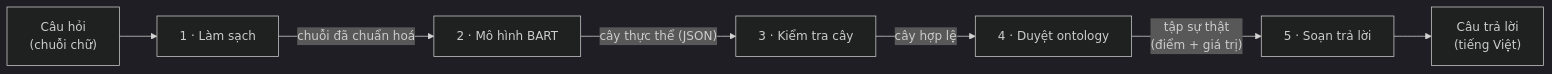
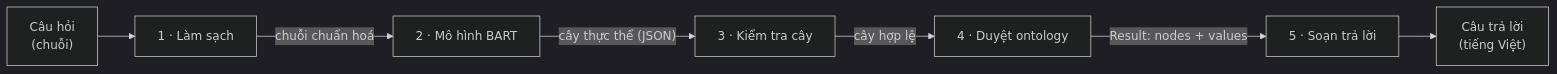
The third of 10 diagrams in docs/CONCEPT.md (vpthinh19/ontology-chatbot), drawn with Mermaid (dark theme) before and after one commit. The commit also changed other lines of this file, not shown here.

````diff
--- a/docs/CONCEPT.md
+++ b/docs/CONCEPT.md
@@ -111,9 +132,9 @@
 ```mermaid
 flowchart LR
-    A["Câu hỏi<br/>(chuỗi chữ)"] --> B["1 · Làm sạch"]
-    B -->|"chuỗi đã chuẩn hoá"| C["2 · Mô hình BART"]
+    A["Câu hỏi<br/>(chuỗi)"] --> B["1 · Làm sạch"]
+    B -->|"chuỗi chuẩn hoá"| C["2 · Mô hình BART"]
     C -->|"cây thực thể (JSON)"| D["3 · Kiểm tra cây"]
     D -->|"cây hợp lệ"| E["4 · Duyệt ontology"]
-    E -->|"tập sự thật<br/>(điểm + giá trị)"| F["5 · Soạn trả lời"]
+    E -->|"Result: nodes + values"| F["5 · Soạn trả lời"]
     F --> G["Câu trả lời<br/>(tiếng Việt)"]
 ```
````
